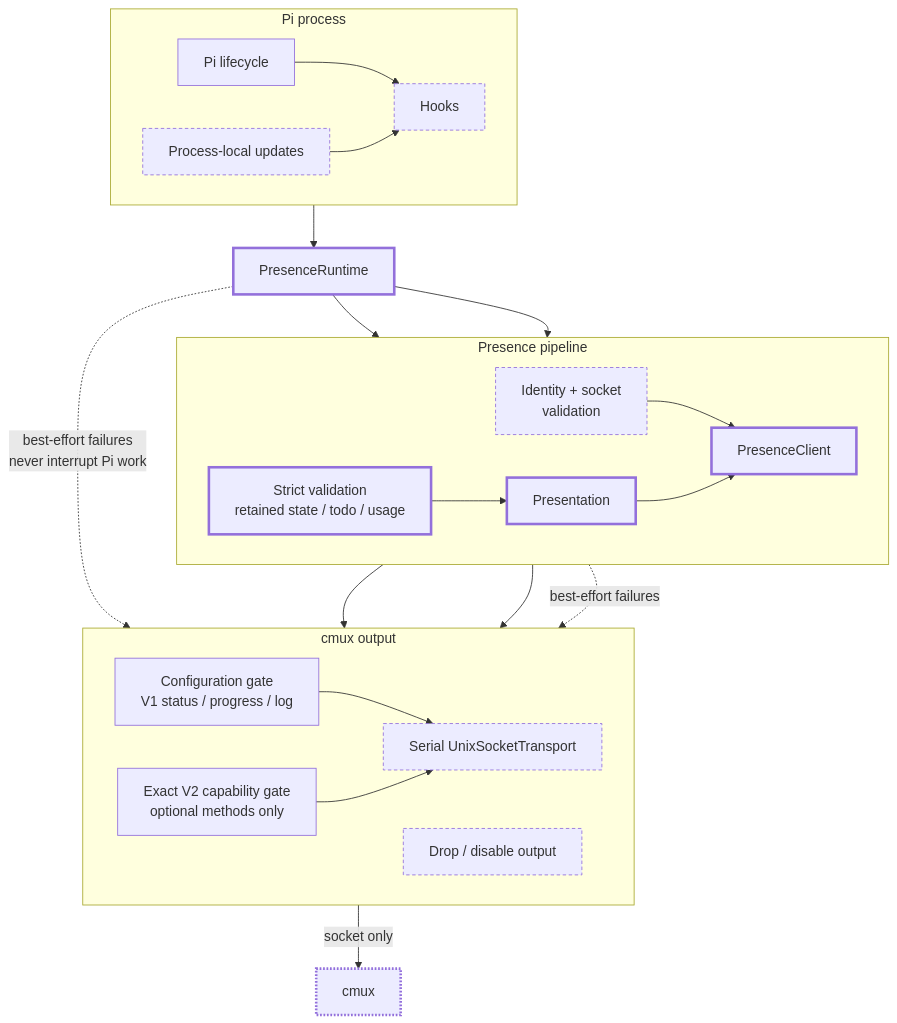
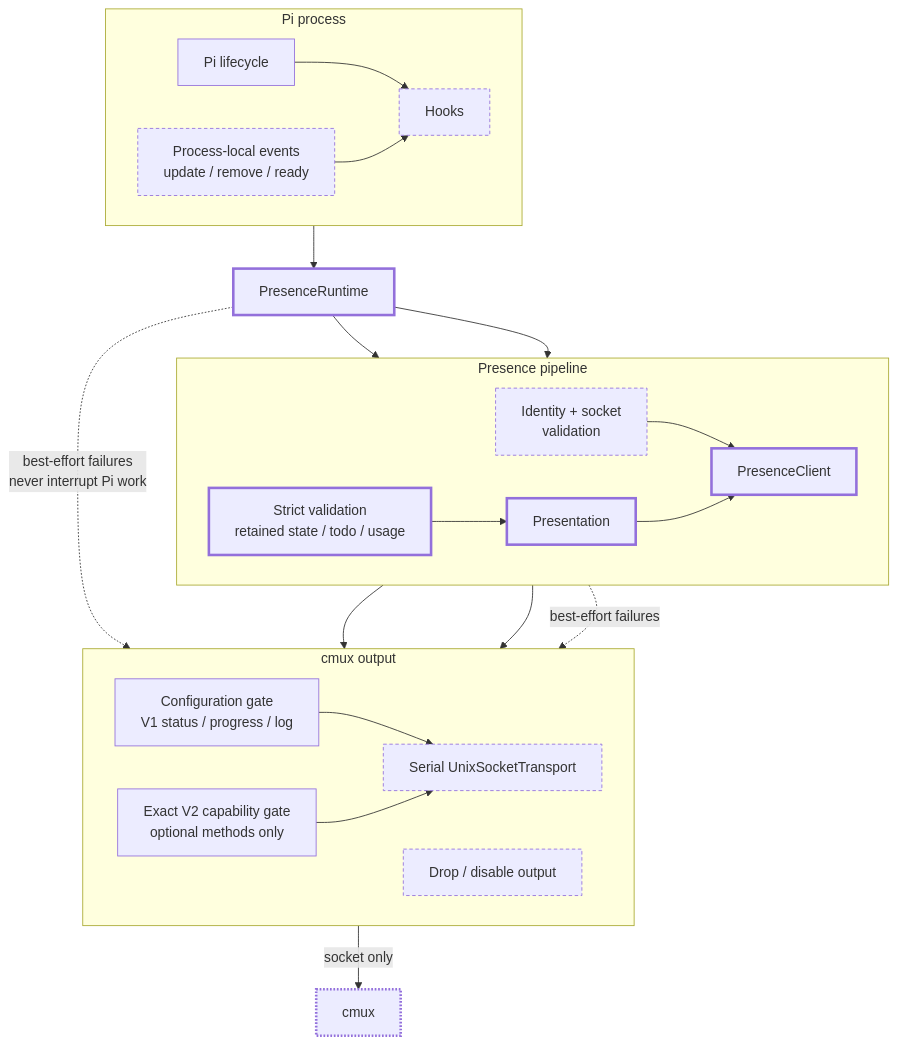
One commit to spi-ca/pi-cmux-presence changed the diagram in docs/diagram/architecture.mmd. Above: the diagram before and after it, drawn with Mermaid. The commit also changed 8 other files, not shown here.

```diff
--- a/docs/diagram/architecture.mmd
+++ b/docs/diagram/architecture.mmd
@@ -1,39 +1,39 @@
 %% Diagram source: docs/diagram/architecture.mmd
 flowchart TB
   classDef core stroke-width:3px
   classDef boundary stroke-dasharray: 4 3
   classDef cmux stroke-width:3px,stroke-dasharray: 2 2
 
   subgraph Pi[Pi process]
     direction LR
     Lifecycle[Pi lifecycle] --> Hooks[Hooks]
-    Updates[Process-local updates] --> Hooks
+    Events[Process-local events<br/>update / remove / ready] --> Hooks
   end
 
   Hooks --> Runtime[PresenceRuntime]
 
   subgraph Flow[Presence pipeline]
     direction LR
     Validate[Strict validation<br/>retained state / todo / usage] --> Present[Presentation]
     Target[Identity + socket<br/>validation] --> Client[PresenceClient]
     Present --> Client
   end
   Runtime --> Validate
   Runtime --> Target
 
   subgraph Delivery[cmux output]
     direction LR
     V1[Configuration gate<br/>V1 status / progress / log] --> Transport[Serial UnixSocketTransport]
     V2[Exact V2 capability gate<br/>optional methods only] --> Transport
     Drop[Drop / disable output]
   end
   Client --> V1
   Client --> V2
   Transport -->|socket only| Cmux[cmux]
 
   Runtime -. best-effort failures<br/>never interrupt Pi work .-> Drop
   Client -. best-effort failures .-> Drop
 
   class Runtime,Validate,Present,Client core
-  class Updates,Hooks,Target,Transport,Drop boundary
+  class Events,Hooks,Target,Transport,Drop boundary
   class Cmux cmux
```
